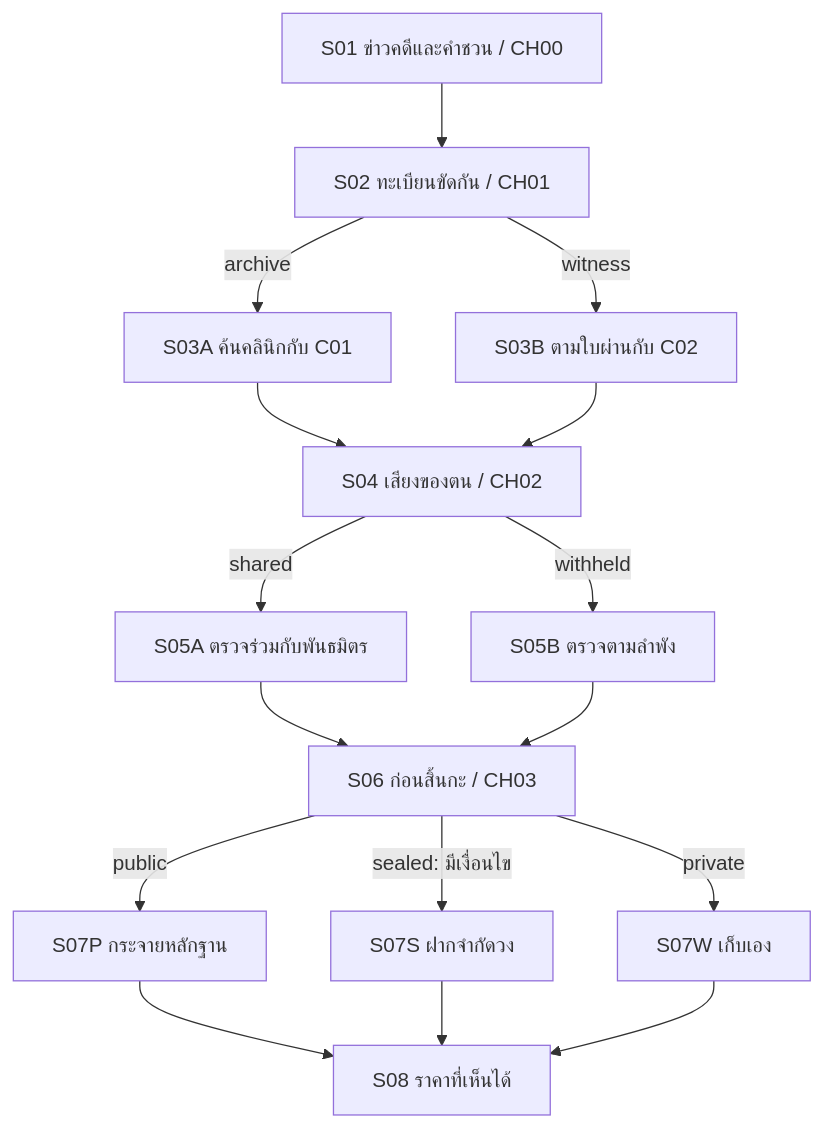
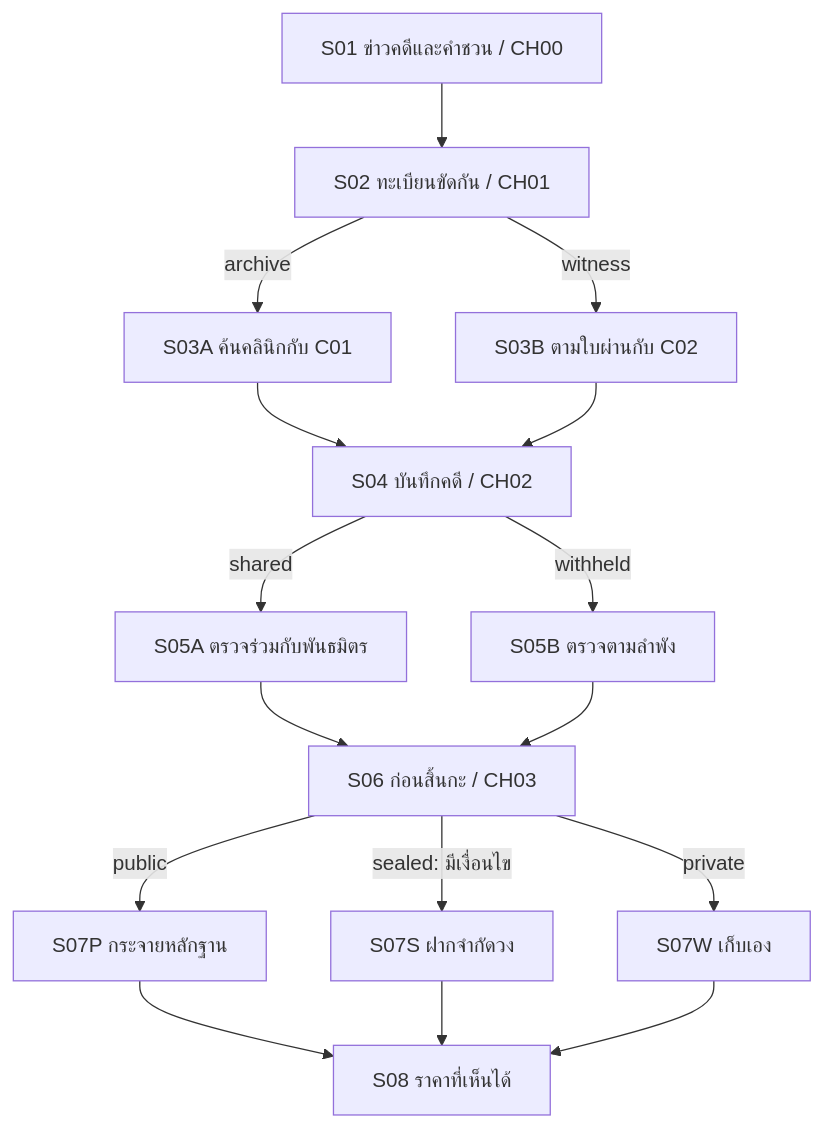
One commit to mindanao0/PROJECT_G changed the diagram in docs/04_SLICE_SPEC.md. Above: the diagram before and after it, drawn with Mermaid. The commit also changed other lines of this file and 8 other files, not shown here.

````diff
--- a/docs/04_SLICE_SPEC.md
+++ b/docs/04_SLICE_SPEC.md
@@ -19,18 +23,18 @@
 ```mermaid
 flowchart TD
   S01["S01 ข่าวคดีและคำชวน / CH00"] --> S02["S02 ทะเบียนขัดกัน / CH01"]
   S02 -->|"archive"| S03A["S03A ค้นคลินิกกับ C01"]
   S02 -->|"witness"| S03B["S03B ตามใบผ่านกับ C02"]
-  S03A --> S04["S04 เสียงของตน / CH02"]
+  S03A --> S04["S04 บันทึกคดี / CH02"]
   S03B --> S04
   S04 -->|"shared"| S05A["S05A ตรวจร่วมกับพันธมิตร"]
   S04 -->|"withheld"| S05B["S05B ตรวจตามลำพัง"]
   S05A --> S06["S06 ก่อนสิ้นกะ / CH03"]
   S05B --> S06
   S06 -->|"public"| S07P["S07P กระจายหลักฐาน"]
   S06 -->|"sealed: มีเงื่อนไข"| S07S["S07S ฝากจำกัดวง"]
   S06 -->|"private"| S07W["S07W เก็บเอง"]
   S07P --> S08["S08 ราคาที่เห็นได้"]
   S07S --> S08
   S07W --> S08
 ```
````
